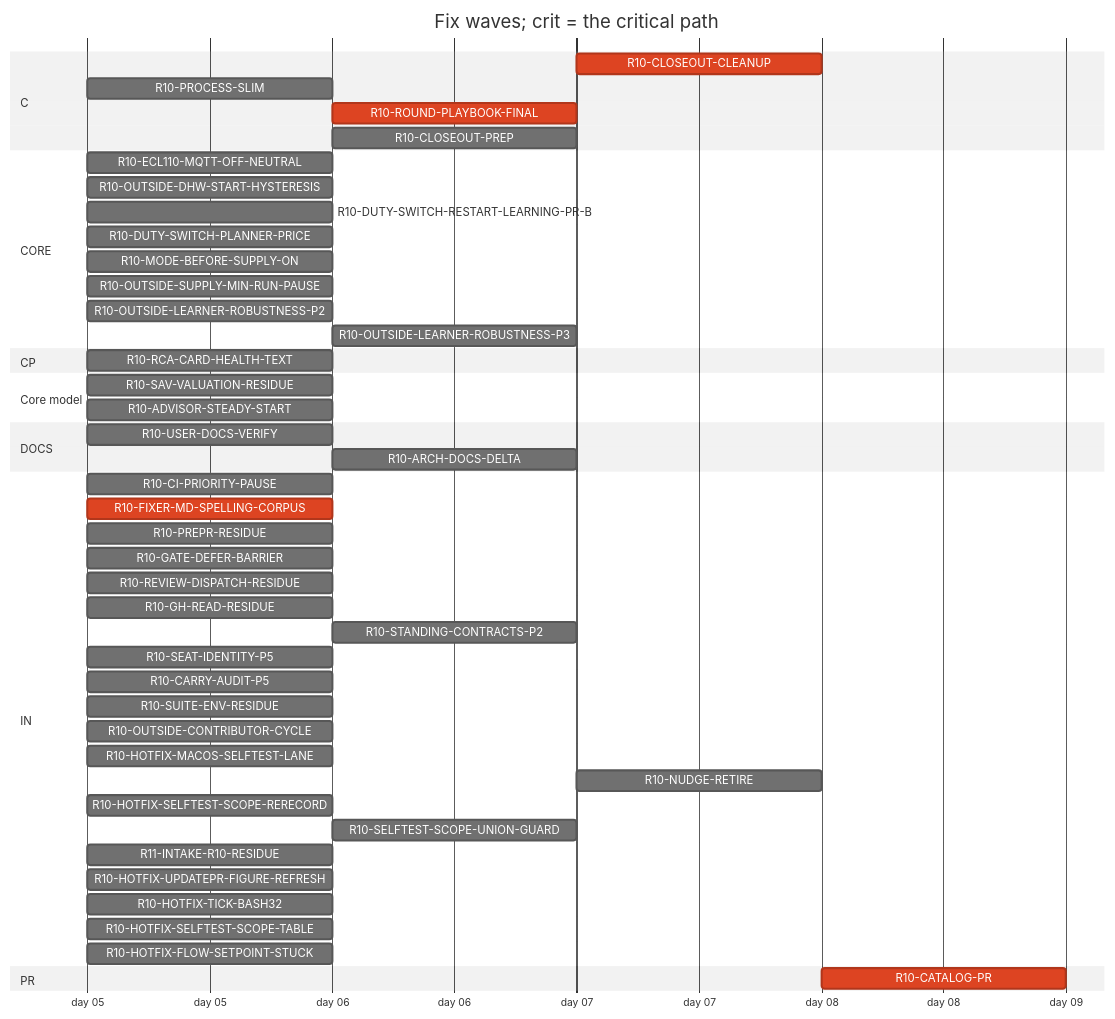
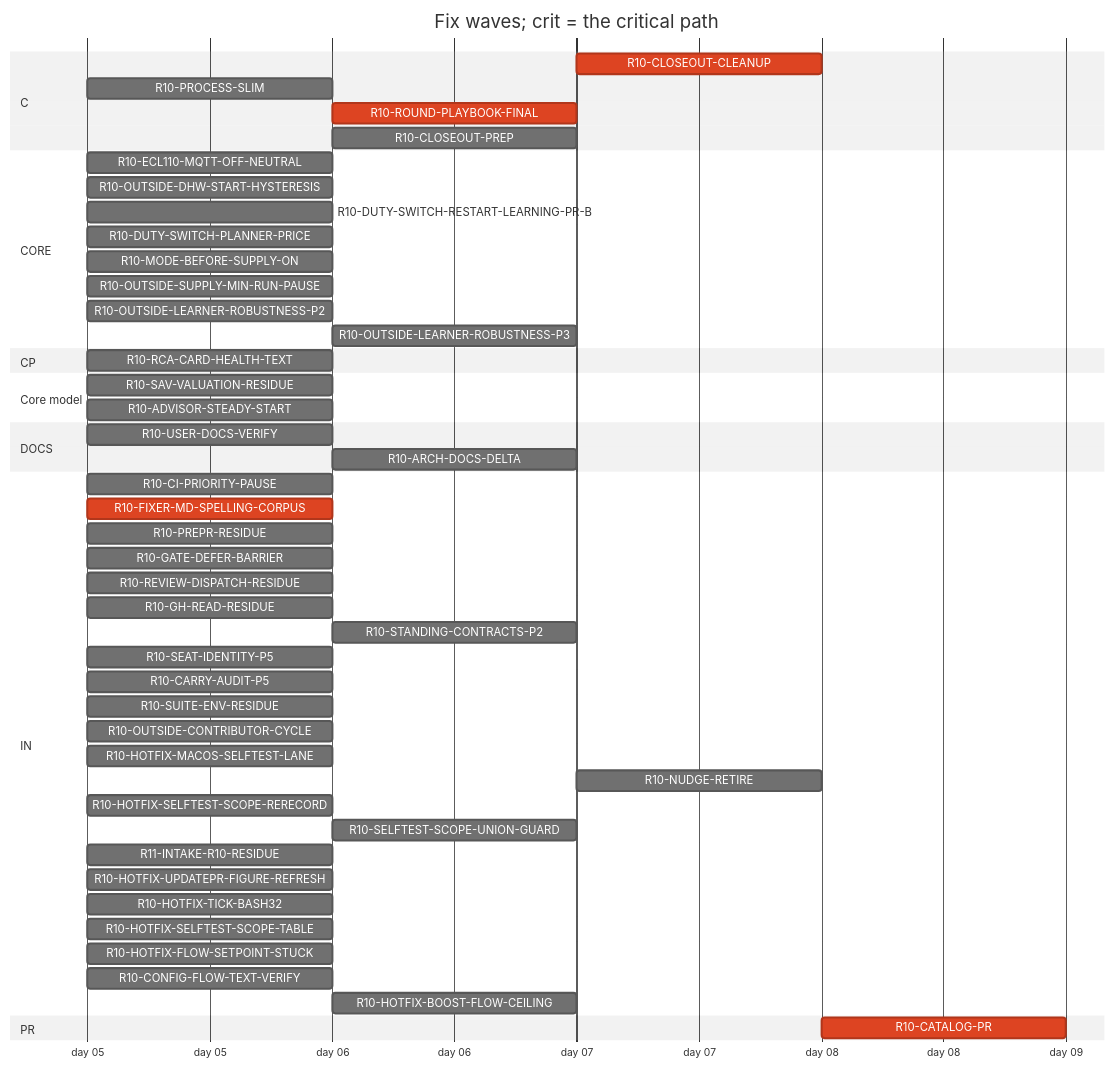
The diagram in handoff/round10/state/PLAN-TABLE.md (tvofi/heatpump_optimizer), drawn with Mermaid (neutral theme) before and after one commit. The commit also changed other lines of this file and 4 other files, not shown here.

Commit message:
state: FLOW-BOARD.md, NEXT-SESSION-PROMPT.md, PLAN-TABLE.md, PLAN.html, RESUME-CURRENT.md regenerated (state_docs.py)

````diff
--- a/handoff/round10/state/PLAN-TABLE.md
+++ b/handoff/round10/state/PLAN-TABLE.md
@@ -20,51 +20,53 @@
 ```mermaid
 gantt
   title Fix waves; crit = the critical path
   dateFormat YYYY-MM-DD
   axisFormat day %d
   section C
     R10-CLOSEOUT-CLEANUP :crit, r10CLOSEOUTCLEANUP, after r10USERDOCSVERIFY r10ROUNDPLAYBOOKFINAL r10CLOSEOUTPREP r10ARCHDOCSDELTA, 1d
     R10-PROCESS-SLIM :r10PROCESSSLIM, 2026-01-05, 1d
     R10-ROUND-PLAYBOOK-FINAL :crit, r10ROUNDPLAYBOOKFINAL, after r10FIXERMDSPELLINGCORPUS, 1d
     R10-CLOSEOUT-PREP :r10CLOSEOUTPREP, after r10FIXERMDSPELLINGCORPUS, 1d
   section CORE
     R10-ECL110-MQTT-OFF-NEUTRAL :r10ECL110MQTTOFFNEUTRAL, 2026-01-05, 1d
     R10-OUTSIDE-DHW-START-HYSTERESIS :r10OUTSIDEDHWSTARTHYSTERESIS, 2026-01-05, 1d
     R10-DUTY-SWITCH-RESTART-LEARNING-PR-B :r10DUTYSWITCHRESTARTLEARNINGPRB, 2026-01-05, 1d
     R10-DUTY-SWITCH-PLANNER-PRICE :r10DUTYSWITCHPLANNERPRICE, 2026-01-05, 1d
     R10-MODE-BEFORE-SUPPLY-ON :r10MODEBEFORESUPPLYON, 2026-01-05, 1d
     R10-OUTSIDE-SUPPLY-MIN-RUN-PAUSE :r10OUTSIDESUPPLYMINRUNPAUSE, 2026-01-05, 1d
     R10-OUTSIDE-LEARNER-ROBUSTNESS-P2 :r10OUTSIDELEARNERROBUSTNESSP2, 2026-01-05, 1d
     R10-OUTSIDE-LEARNER-ROBUSTNESS-P3 :r10OUTSIDELEARNERROBUSTNESSP3, after r10OUTSIDELEARNERROBUSTNESSP2, 1d
   section CP
     R10-RCA-CARD-HEALTH-TEXT :r10RCACARDHEALTHTEXT, 2026-01-05, 1d
   section Core model
     R10-SAV-VALUATION-RESIDUE :r10SAVVALUATIONRESIDUE, 2026-01-05, 1d
     R10-ADVISOR-STEADY-START :r10ADVISORSTEADYSTART, 2026-01-05, 1d
   section DOCS
     R10-USER-DOCS-VERIFY :r10USERDOCSVERIFY, 2026-01-05, 1d
     R10-ARCH-DOCS-DELTA :r10ARCHDOCSDELTA, after r10SAVVALUATIONRESIDUE r10ADVISORSTEADYSTART r10PROCESSSLIM, 1d
   section IN
     R10-CI-PRIORITY-PAUSE :r10CIPRIORITYPAUSE, 2026-01-05, 1d
     R10-FIXER-MD-SPELLING-CORPUS :crit, r10FIXERMDSPELLINGCORPUS, 2026-01-05, 1d
     R10-PREPR-RESIDUE :r10PREPRRESIDUE, 2026-01-05, 1d
     R10-GATE-DEFER-BARRIER :r10GATEDEFERBARRIER, 2026-01-05, 1d
     R10-REVIEW-DISPATCH-RESIDUE :r10REVIEWDISPATCHRESIDUE, 2026-01-05, 1d
     R10-GH-READ-RESIDUE :r10GHREADRESIDUE, 2026-01-05, 1d
     R10-STANDING-CONTRACTS-P2 :r10STANDINGCONTRACTSP2, after r10FIXERMDSPELLINGCORPUS, 1d
     R10-SEAT-IDENTITY-P5 :r10SEATIDENTITYP5, 2026-01-05, 1d
     R10-CARRY-AUDIT-P5 :r10CARRYAUDITP5, 2026-01-05, 1d
     R10-SUITE-ENV-RESIDUE :r10SUITEENVRESIDUE, 2026-01-05, 1d
     R10-OUTSIDE-CONTRIBUTOR-CYCLE :r10OUTSIDECONTRIBUTORCYCLE, 2026-01-05, 1d
     R10-HOTFIX-MACOS-SELFTEST-LANE :r10HOTFIXMACOSSELFTESTLANE, 2026-01-05, 1d
     R10-NUDGE-RETIRE :r10NUDGERETIRE, after r10ROUNDPLAYBOOKFINAL, 1d
     R10-HOTFIX-SELFTEST-SCOPE-RERECORD :r10HOTFIXSELFTESTSCOPERERECORD, 2026-01-05, 1d
     R10-SELFTEST-SCOPE-UNION-GUARD :r10SELFTESTSCOPEUNIONGUARD, after r10HOTFIXSELFTESTSCOPERERECORD, 1d
     R11-INTAKE-R10-RESIDUE :r11INTAKER10RESIDUE, 2026-01-05, 1d
     R10-HOTFIX-UPDATEPR-FIGURE-REFRESH :r10HOTFIXUPDATEPRFIGUREREFRESH, 2026-01-05, 1d
     R10-HOTFIX-TICK-BASH32 :r10HOTFIXTICKBASH32, 2026-01-05, 1d
     R10-HOTFIX-SELFTEST-SCOPE-TABLE :r10HOTFIXSELFTESTSCOPETABLE, 2026-01-05, 1d
     R10-HOTFIX-FLOW-SETPOINT-STUCK :r10HOTFIXFLOWSETPOINTSTUCK, 2026-01-05, 1d
+    R10-CONFIG-FLOW-TEXT-VERIFY :r10CONFIGFLOWTEXTVERIFY, 2026-01-05, 1d
+    R10-HOTFIX-BOOST-FLOW-CEILING :r10HOTFIXBOOSTFLOWCEILING, after r10HOTFIXFLOWSETPOINTSTUCK, 1d
   section PR
     R10-CATALOG-PR :crit, r10CATALOGPR, after r10USERDOCSVERIFY r10ROUNDPLAYBOOKFINAL r10CLOSEOUTCLEANUP r10CLOSEOUTPREP r10ARCHDOCSDELTA, 1d
 ```
````
